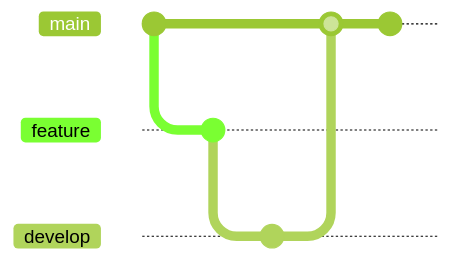
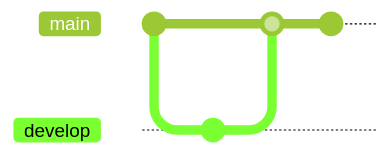
One commit to petitess/markdown changed the diagram in mermaid04.md. Above: the diagram before and after it, drawn with Mermaid (forest theme). Commit ids are hidden.

````diff
--- a/mermaid04.md
+++ b/mermaid04.md
@@ -1,12 +1,10 @@
 ```mermaid
 gitGraph
-       commit
-       branch feature
        commit
        branch develop
        checkout develop
        commit
        checkout main
        merge develop
        commit
 ```
````
